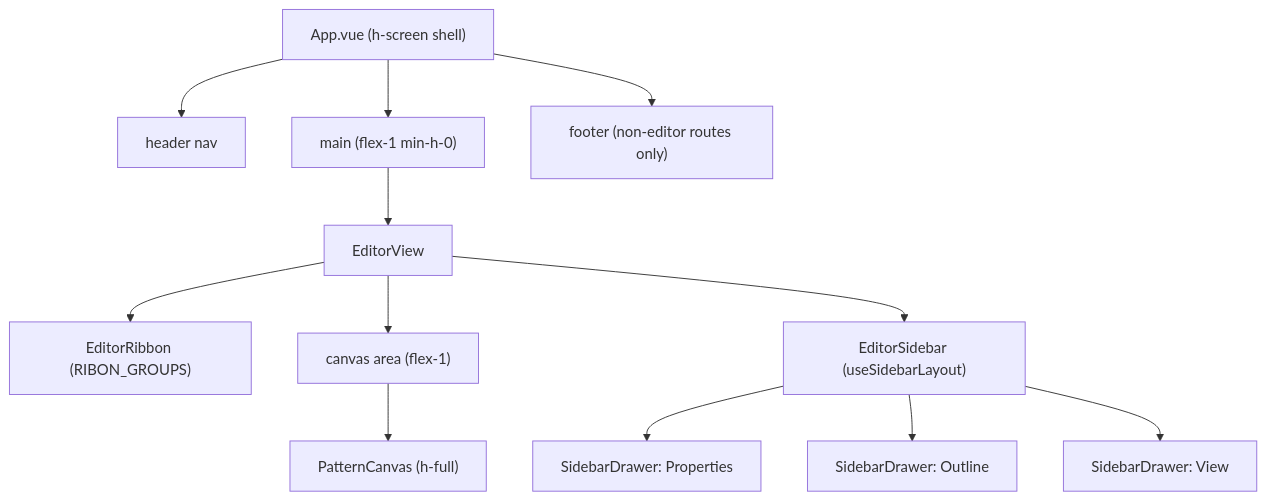
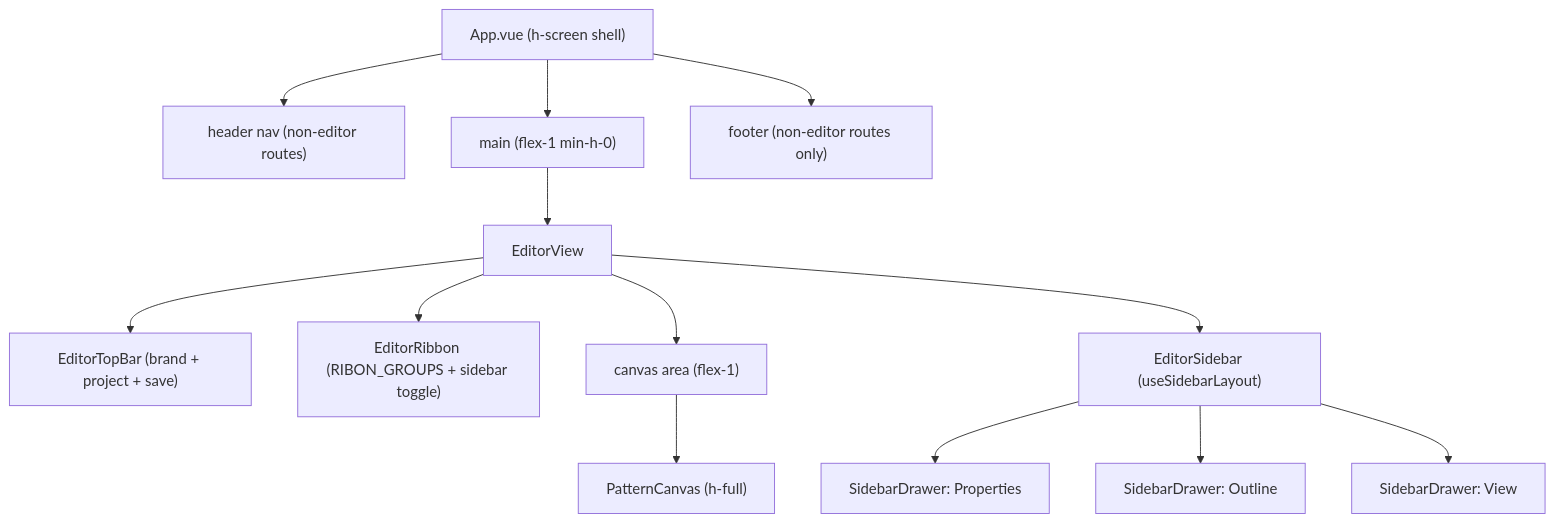
One commit to slawekniewiadomski/sew-craft changed the diagram in .ai/specs/013-editor-workspace-shell.md. Above: the diagram before and after it, drawn with Mermaid. The commit also changed other lines of this file and 3 other files, not shown here.

Commit message:
docs(specs): amend the editor shell and sidebar-tabs specs for the ribbon toggle

````diff
--- a/.ai/specs/013-editor-workspace-shell.md
+++ b/.ai/specs/013-editor-workspace-shell.md
@@ -76,14 +79,15 @@
 ```mermaid
 flowchart TD
-  A["App.vue (h-screen shell)"] --> B["header nav"]
+  A["App.vue (h-screen shell)"] --> B["header nav (non-editor routes)"]
   A --> C["main (flex-1 min-h-0)"]
   A --> D["footer (non-editor routes only)"]
   C --> E["EditorView"]
-  E --> F["EditorRibbon (RIBON_GROUPS)"]
+  E --> T["EditorTopBar (brand + project + save)"]
+  E --> F["EditorRibbon (RIBON_GROUPS + sidebar toggle)"]
   E --> G["canvas area (flex-1)"]
   G --> H["PatternCanvas (h-full)"]
   E --> I["EditorSidebar (useSidebarLayout)"]
   I --> J["SidebarDrawer: Properties"]
   I --> K["SidebarDrawer: Outline"]
   I --> L["SidebarDrawer: View"]
 ```
````
